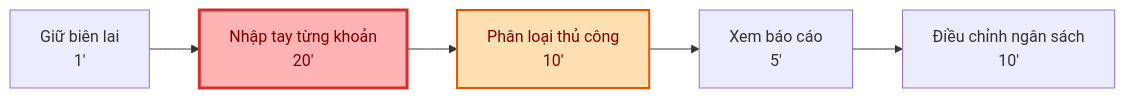
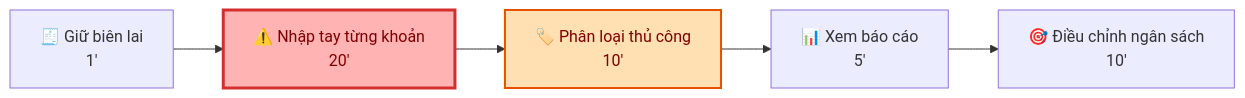
Before and after one commit to lequanneKMA/Day2-2A202600821-LeNguyenMinhQuan: the fifth of 6 diagrams in 01-individual-problem-scan/01-individual-problem-scan.md, drawn with Mermaid. The commit also changed other lines of this file and 3 other files, not shown here.

````diff
--- a/01-individual-problem-scan/01-individual-problem-scan.md
+++ b/01-individual-problem-scan/01-individual-problem-scan.md
@@ -389,11 +302,11 @@
 ```mermaid
 flowchart LR
-    A[" Giữ biên lai\n1'"]
-    --> B[" Nhập tay từng khoản\n20'"]
-    --> C[" Phân loại thủ công\n10'"]
-    --> D[" Xem báo cáo\n5'"]
-    --> E[" Điều chỉnh ngân sách\n10'"]
+    A["🧾 Giữ biên lai\n1'"]
+    --> B["⚠️ Nhập tay từng khoản\n20'"]
+    --> C["🏷️ Phân loại thủ công\n10'"]
+    --> D["📊 Xem báo cáo\n5'"]
+    --> E["🎯 Điều chỉnh ngân sách\n10'"]
 
     style B fill:#ffb3b3,stroke:#d32f2f,stroke-width:3px,color:#7f0000
     style C fill:#ffe0b2,stroke:#e65100,stroke-width:2px,color:#7f0000
 ```
````
